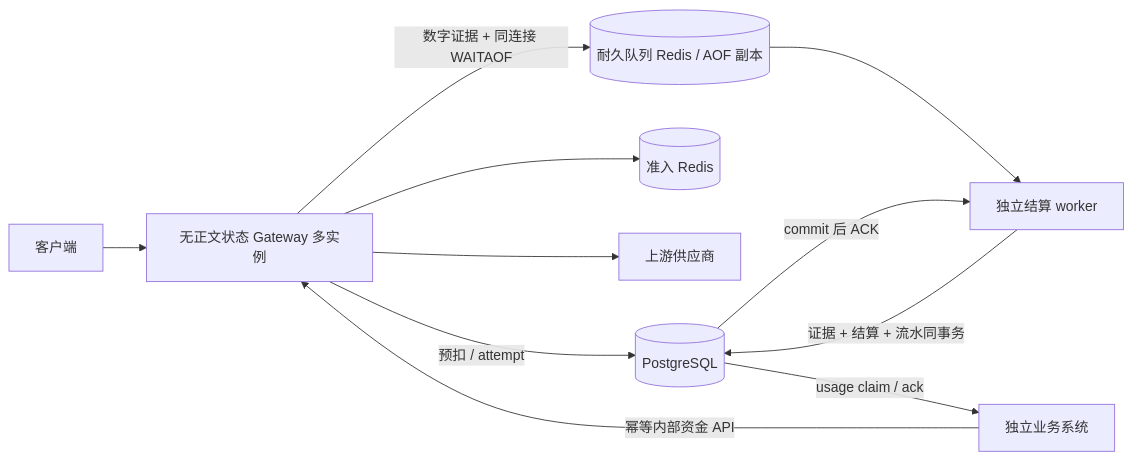
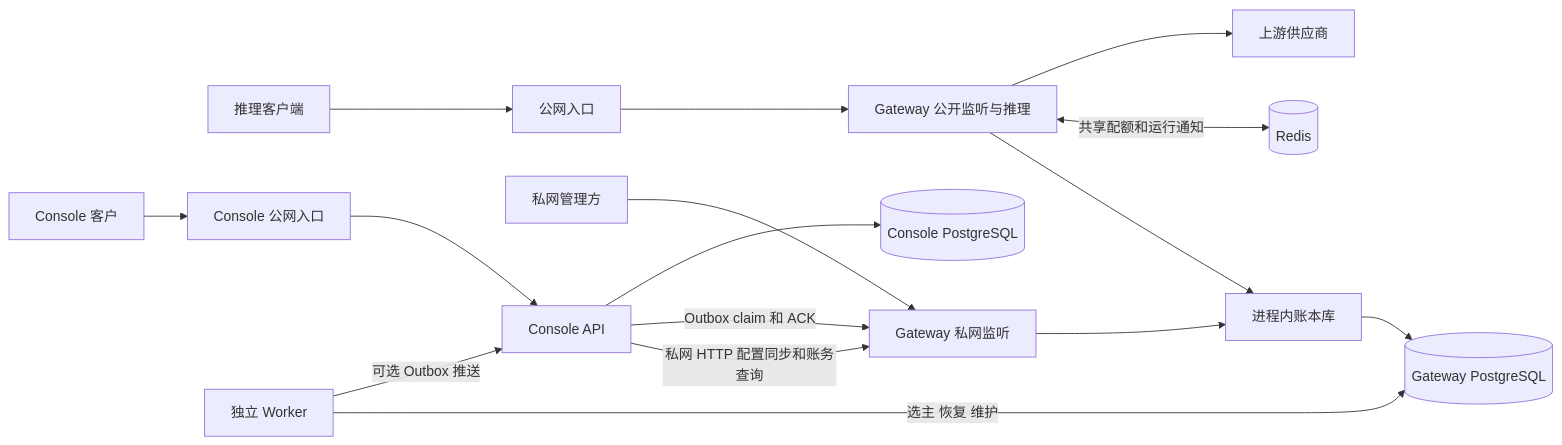
The first of 2 diagrams in diagrams.md (renxqoo/super-token-gateway), drawn with Mermaid before and after one commit. The commit also changed other lines of this file and 164 other files, not shown here.

Commit message:
feat(pricing,gateway,ledger,protocol): add standardized commercial pricing engine and billing hardening

````diff
--- a/diagrams.md
+++ b/diagrams.md
@@ -3,13 +5,18 @@
 ```mermaid
 flowchart LR
-  C[客户端] --> G[无正文状态 Gateway 多实例]
-  B[独立业务系统] -->|幂等内部资金 API| G
-  G -->|预扣 / attempt| P[(PostgreSQL)]
-  G --> L[(准入 Redis)]
-  G --> U[上游供应商]
-  G -->|数字证据 + 同连接 WAITAOF| Q[(耐久队列 Redis / AOF 副本)]
-  Q --> W[独立结算 worker]
-  W -->|证据 + 结算 + 流水同事务| P
-  P -->|commit 后 ACK| W
-  P -->|usage claim / ack| B
+  Client[推理客户端] --> Entry[公网入口]
+  Customer[Console 客户] --> ConsoleEntry[Console 公网入口]
+  Operator[私网管理方] --> Admin[Gateway 私网监听]
+  Entry --> Gateway[Gateway 公开监听与推理]
+  ConsoleEntry --> Console[Console API]
+  Console -->|私网 HTTP 配置同步和账务查询| Admin
+  Gateway --> Ledger[进程内账本库]
+  Admin --> Ledger
+  Ledger --> GatewayDB[(Gateway PostgreSQL)]
+  Gateway <-->|共享配额和运行通知| Redis[(Redis)]
+  Gateway --> Provider[上游供应商]
+  Worker[独立 Worker] -->|选主 恢复 维护| GatewayDB
+  Worker -->|可选 Outbox 推送| Console
+  Console -->|Outbox claim 和 ACK| Admin
+  Console --> ConsoleDB[(Console PostgreSQL)]
 ```
````
